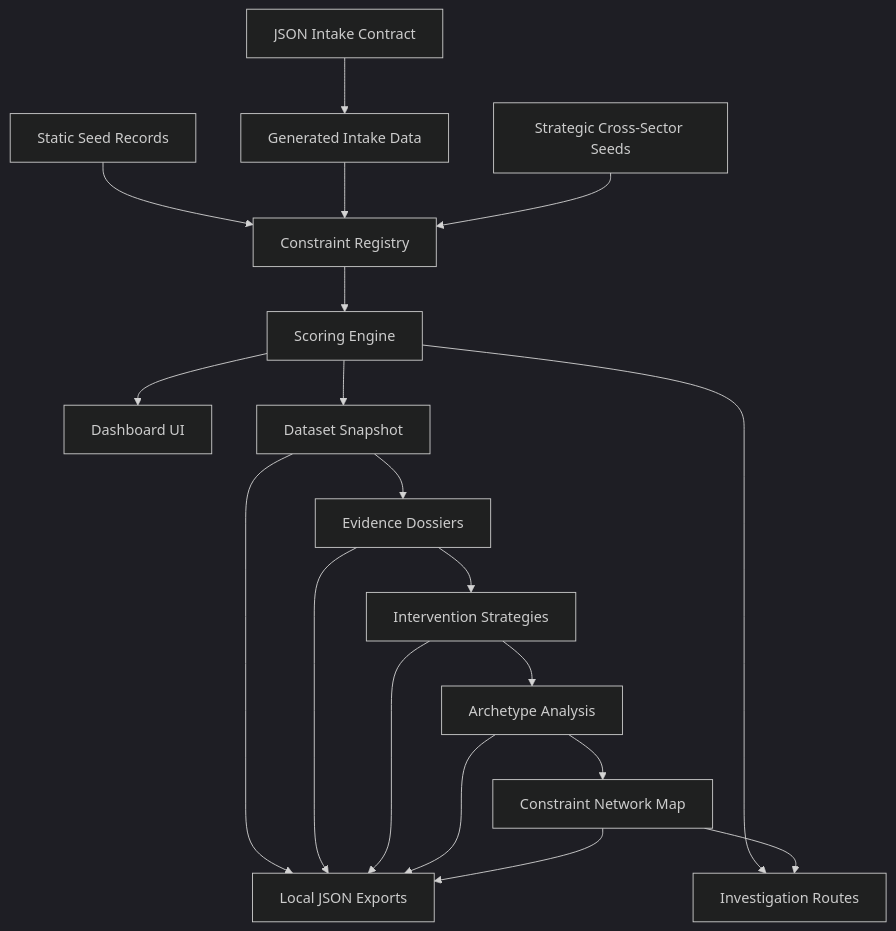
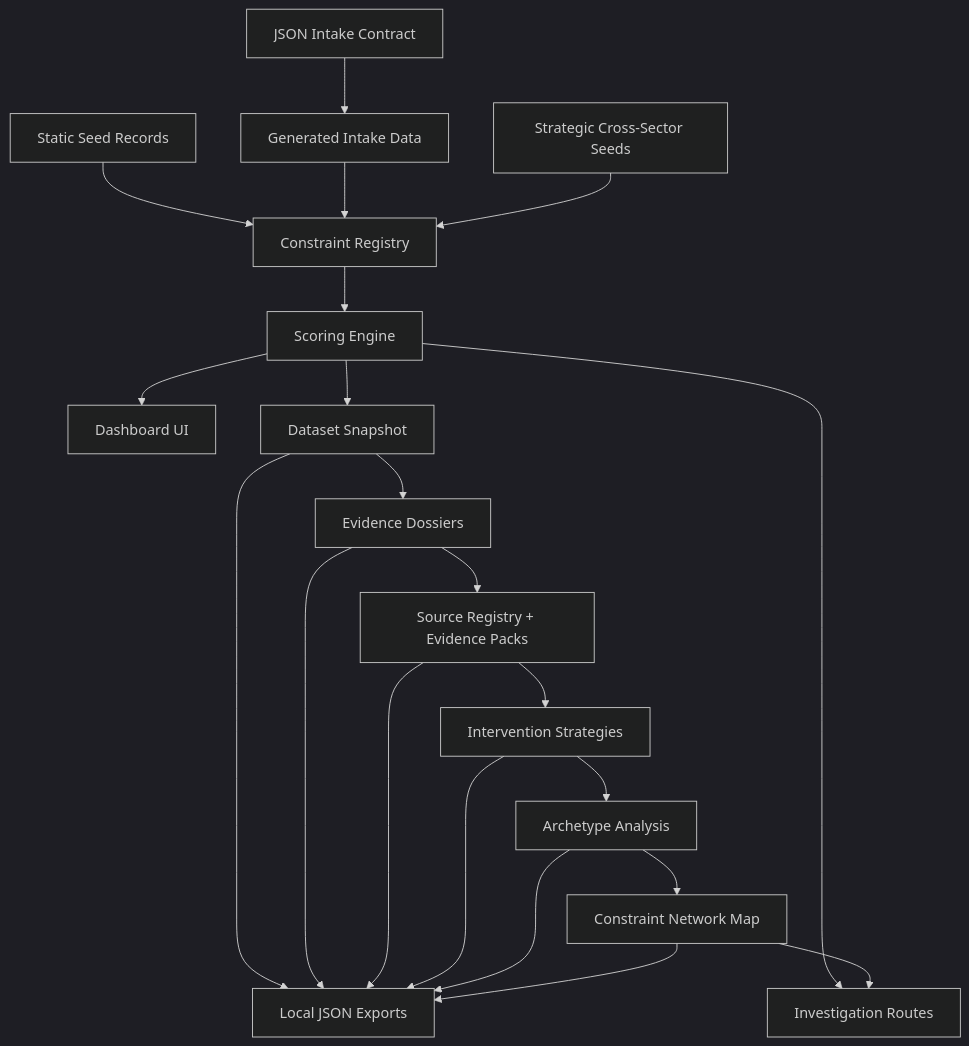
Before and after one commit to EtherTabu/economic-x-ray-vision: the diagram in docs/ARCHITECTURE.md, drawn with Mermaid (dark theme). The commit also changed other lines of this file and 14 other files, not shown here.

Commit message:
Add source registry and evidence packs

````diff
--- a/docs/ARCHITECTURE.md
+++ b/docs/ARCHITECTURE.md
@@ -9,21 +9,23 @@
 ```mermaid
 flowchart TD
   A["Static Seed Records"] --> C["Constraint Registry"]
   B["JSON Intake Contract"] --> D["Generated Intake Data"]
   D --> C
   E["Strategic Cross-Sector Seeds"] --> C
   C --> F["Scoring Engine"]
   F --> G["Dashboard UI"]
   F --> H["Dataset Snapshot"]
   H --> I["Evidence Dossiers"]
-  I --> J["Intervention Strategies"]
+  I --> O["Source Registry + Evidence Packs"]
+  O --> J["Intervention Strategies"]
   J --> K["Archetype Analysis"]
   K --> M["Constraint Network Map"]
   H --> L["Local JSON Exports"]
   I --> L
+  O --> L
   J --> L
   K --> L
   M --> L
   F --> N["Investigation Routes"]
   M --> N
 ```
````
